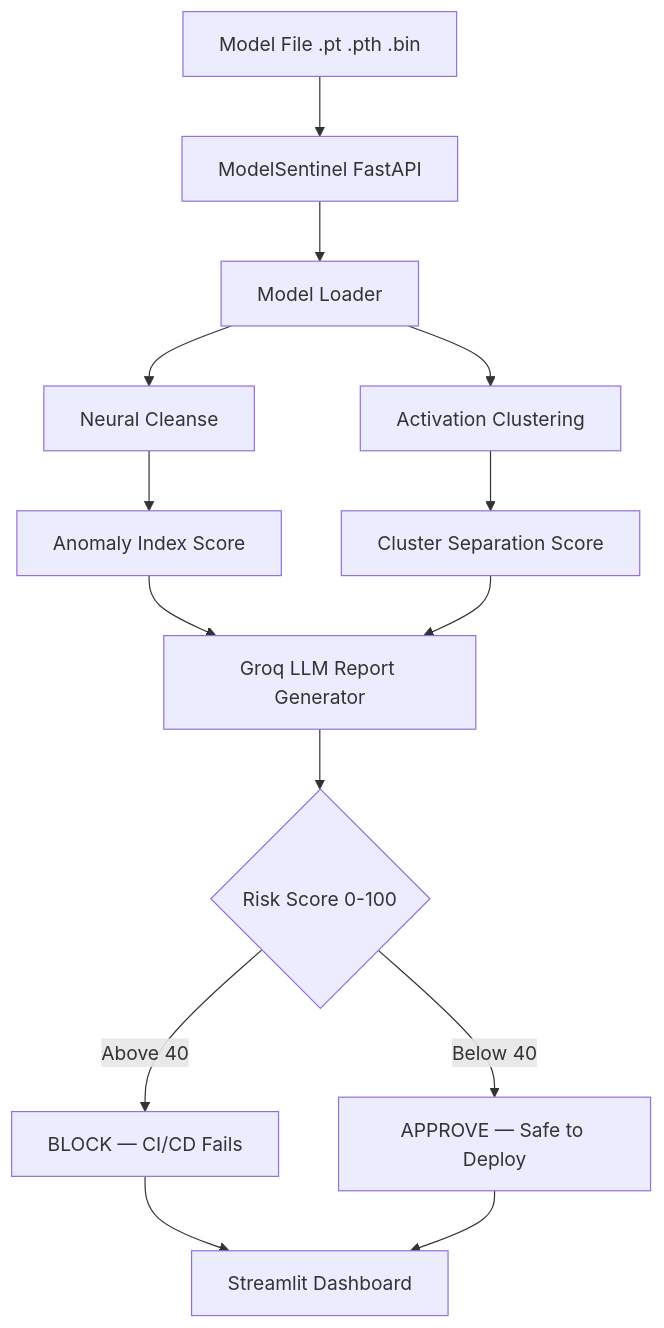
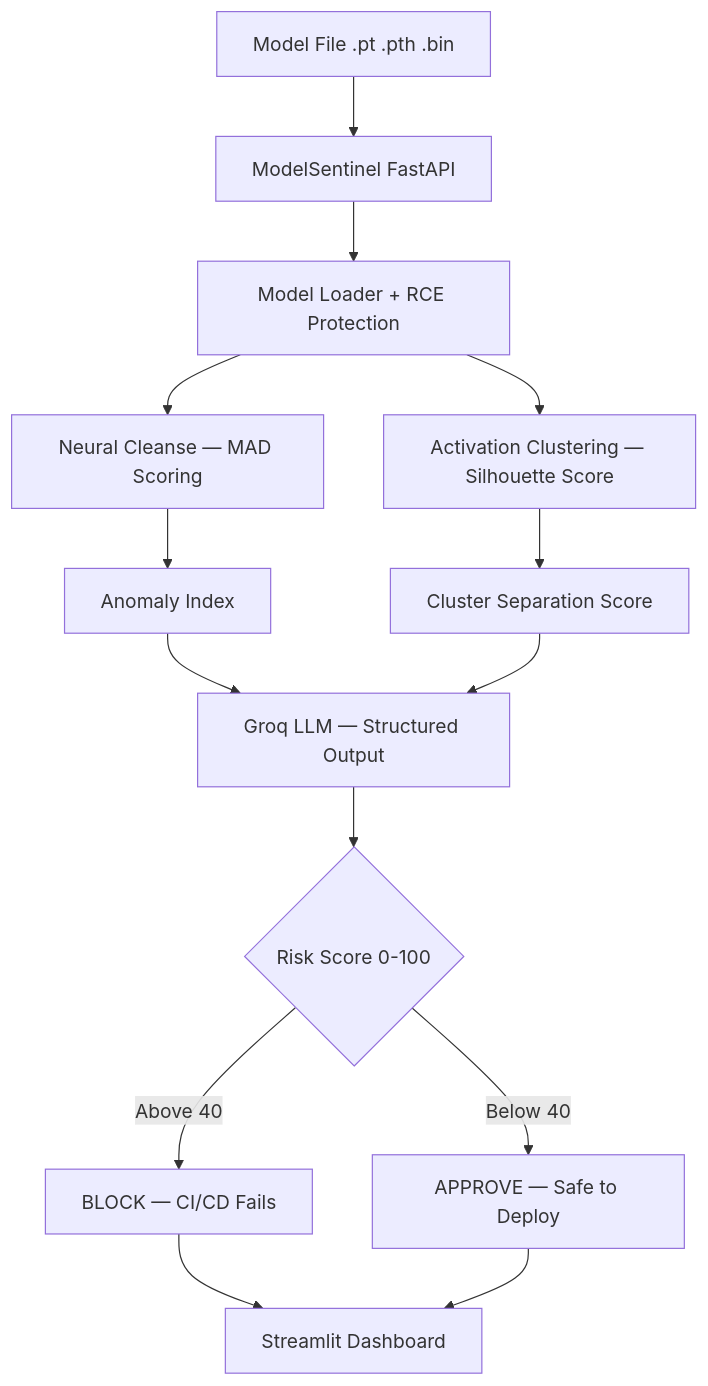
The diagram in README.md (trinadhsriram02/modelsentinel), drawn with Mermaid before and after one commit. The commit also changed other lines of this file, not shown here.

Commit message:
Final README for ModelSentinel

````diff
--- a/README.md
+++ b/README.md
@@ -41,16 +44,16 @@
 ```mermaid
 graph TD
     A[Model File .pt .pth .bin] --> B[ModelSentinel FastAPI]
-    B --> C[Model Loader]
-    C --> D[Neural Cleanse]
-    C --> E[Activation Clustering]
-    D --> F[Anomaly Index Score]
+    B --> C[Model Loader + RCE Protection]
+    C --> D[Neural Cleanse — MAD Scoring]
+    C --> E[Activation Clustering — Silhouette Score]
+    D --> F[Anomaly Index]
     E --> G[Cluster Separation Score]
-    F --> H[Groq LLM Report Generator]
+    F --> H[Groq LLM — Structured Output]
     G --> H
     H --> I{Risk Score 0-100}
     I -->|Above 40| J[BLOCK — CI/CD Fails]
     I -->|Below 40| K[APPROVE — Safe to Deploy]
     J --> L[Streamlit Dashboard]
     K --> L
 ```
````
